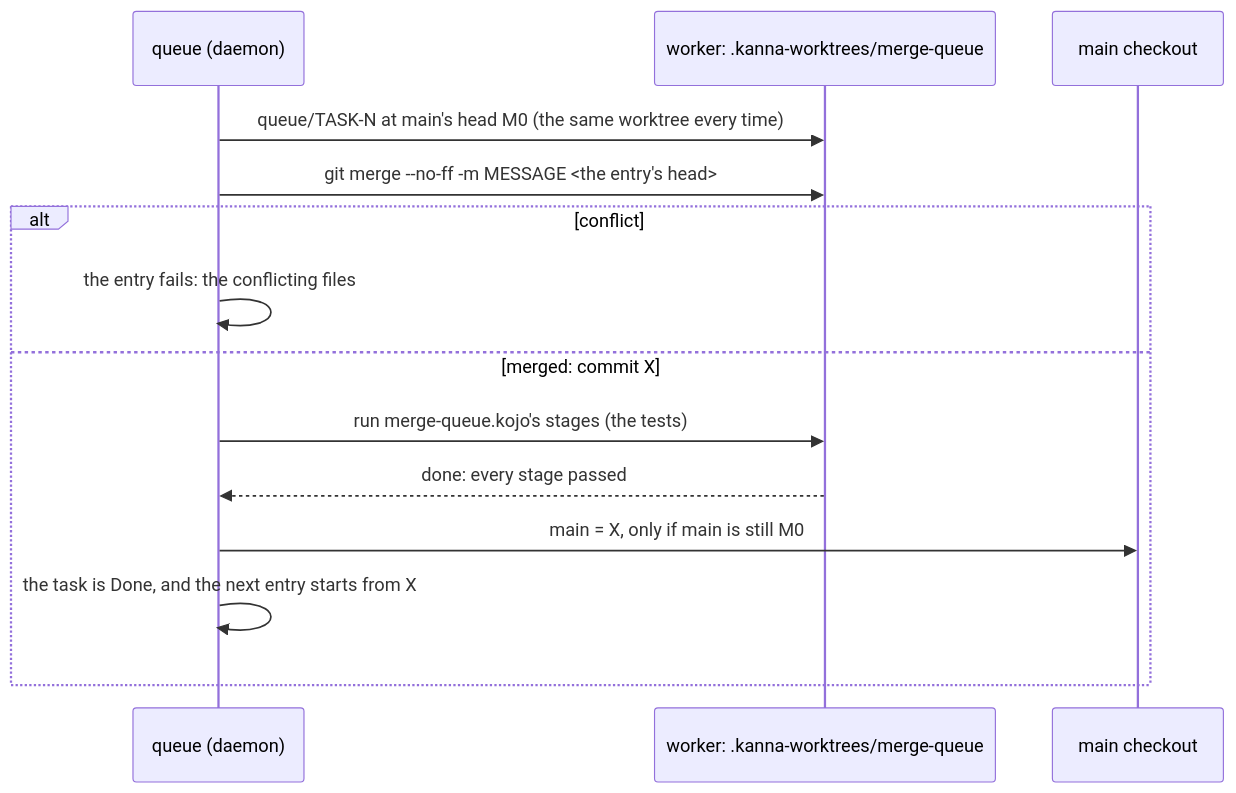
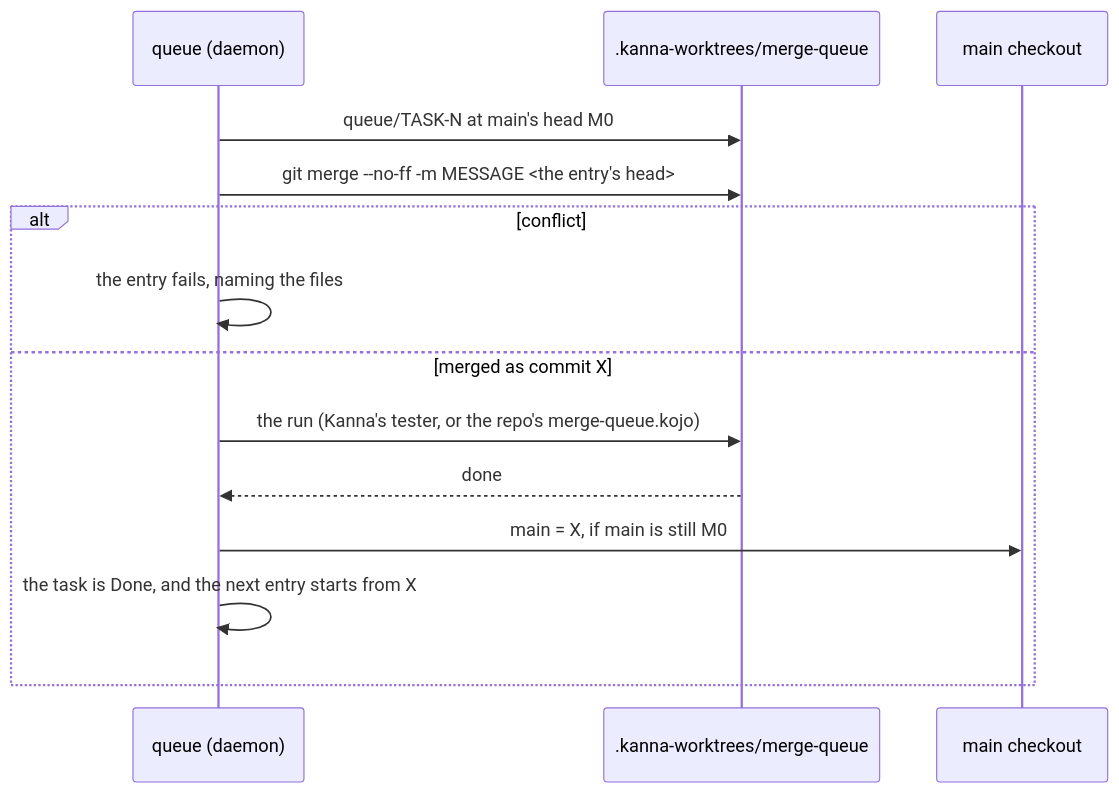
The second of 4 diagrams in docs/specs/merge-queue.md (tampopogk/kanna), drawn with Mermaid before and after one commit. The commit also changed other lines of this file, not shown here.

Commit message:
Merge queue spec in plain prose

````diff
--- a/docs/specs/merge-queue.md
+++ b/docs/specs/merge-queue.md
@@ -66,16 +61,16 @@
 ```mermaid
 sequenceDiagram
     participant Q as queue (daemon)
-    participant W as worker: .kanna-worktrees/merge-queue
+    participant W as .kanna-worktrees/merge-queue
     participant M as main checkout
-    Q->>W: queue/TASK-N at main's head M0 (the same worktree every time)
+    Q->>W: queue/TASK-N at main's head M0
     Q->>W: git merge --no-ff -m MESSAGE <the entry's head>
     alt conflict
-        Q->>Q: the entry fails: the conflicting files
-    else merged: commit X
-        Q->>W: run merge-queue.kojo's stages (the tests)
-        W-->>Q: done: every stage passed
-        Q->>M: main = X, only if main is still M0
+        Q->>Q: the entry fails, naming the files
+    else merged as commit X
+        Q->>W: the run (Kanna's tester, or the repo's merge-queue.kojo)
+        W-->>Q: done
+        Q->>M: main = X, if main is still M0
         Q->>Q: the task is Done, and the next entry starts from X
     end
 ```
````
